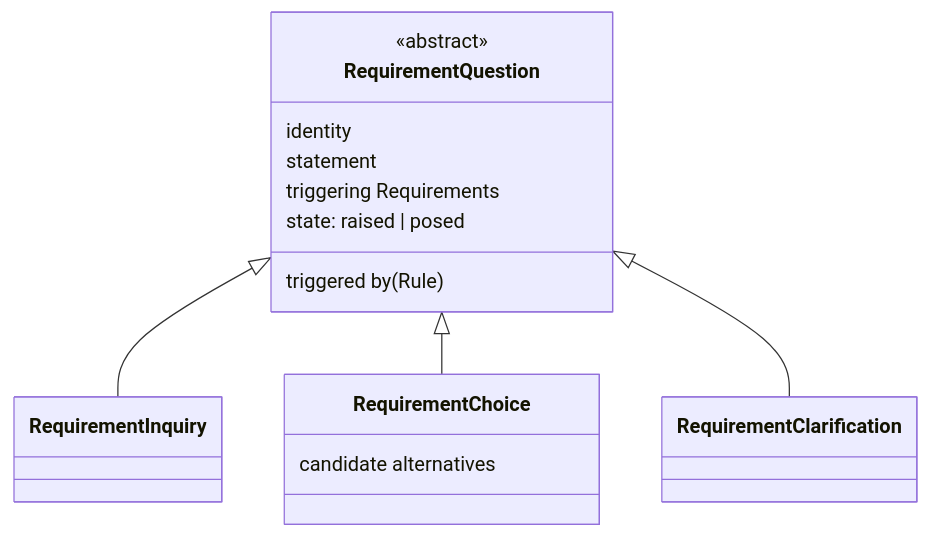
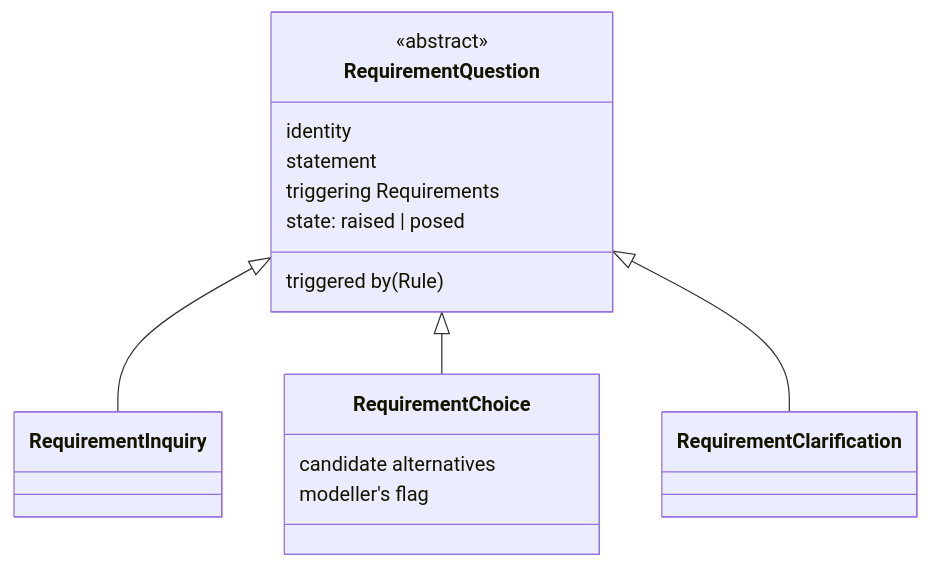
Before and after one commit to szantob/ProjectML: the third of 3 diagrams in spec/02-requirement-analysis-model.md, drawn with Mermaid. The commit also changed other lines of this file, not shown here.

Commit message:
Make the choice settle contradicting requirements, flag them, and close a clarification once (K139, K141-K143, K145)

````diff
--- a/spec/02-requirement-analysis-model.md
+++ b/spec/02-requirement-analysis-model.md
@@ -808,17 +810,18 @@
 ```mermaid
 classDiagram
     class RequirementQuestion {
         <<abstract>>
         identity
         statement
         triggered by (Rule)
         triggering Requirements
         state: raised | posed
     }
     class RequirementChoice {
         candidate alternatives
+        modeller's flag
     }
     RequirementQuestion <|-- RequirementInquiry
     RequirementQuestion <|-- RequirementChoice
     RequirementQuestion <|-- RequirementClarification
 ```
````
